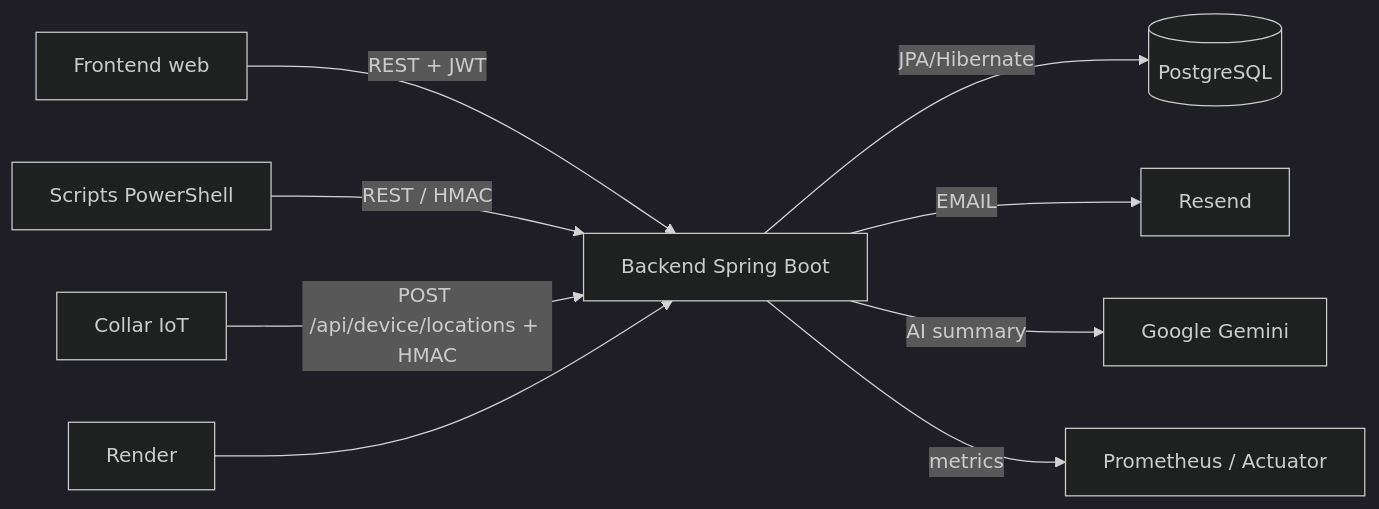
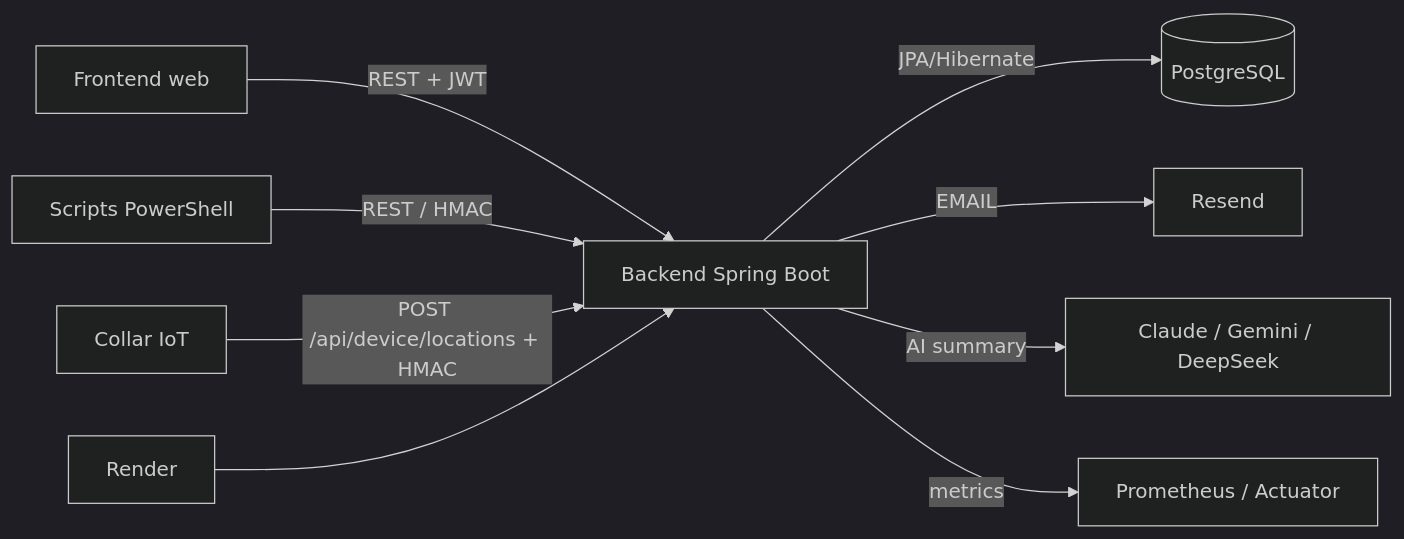
The first of 2 diagrams in docs/architecture.md (AlePython-byte/ganaderia-backend), drawn with Mermaid (dark theme) before and after one commit. The commit also changed other lines of this file and 3 other files, not shown here.

````diff
--- a/docs/architecture.md
+++ b/docs/architecture.md
@@ -15,11 +15,11 @@
 ```mermaid
 flowchart LR
     Frontend[Frontend web] -->|REST + JWT| Backend[Backend Spring Boot]
     Scripts[Scripts PowerShell] -->|REST / HMAC| Backend
     Device[Collar IoT] -->|POST /api/device/locations + HMAC| Backend
     Backend -->|JPA/Hibernate| DB[(PostgreSQL)]
     Backend -->|EMAIL| Resend[Resend]
-    Backend -->|AI summary| Gemini[Google Gemini]
+    Backend -->|AI summary| ClaudeAI[Claude / Gemini / DeepSeek]
     Backend -->|metrics| Prometheus[Prometheus / Actuator]
     Render[Render] --> Backend
 ```
````
